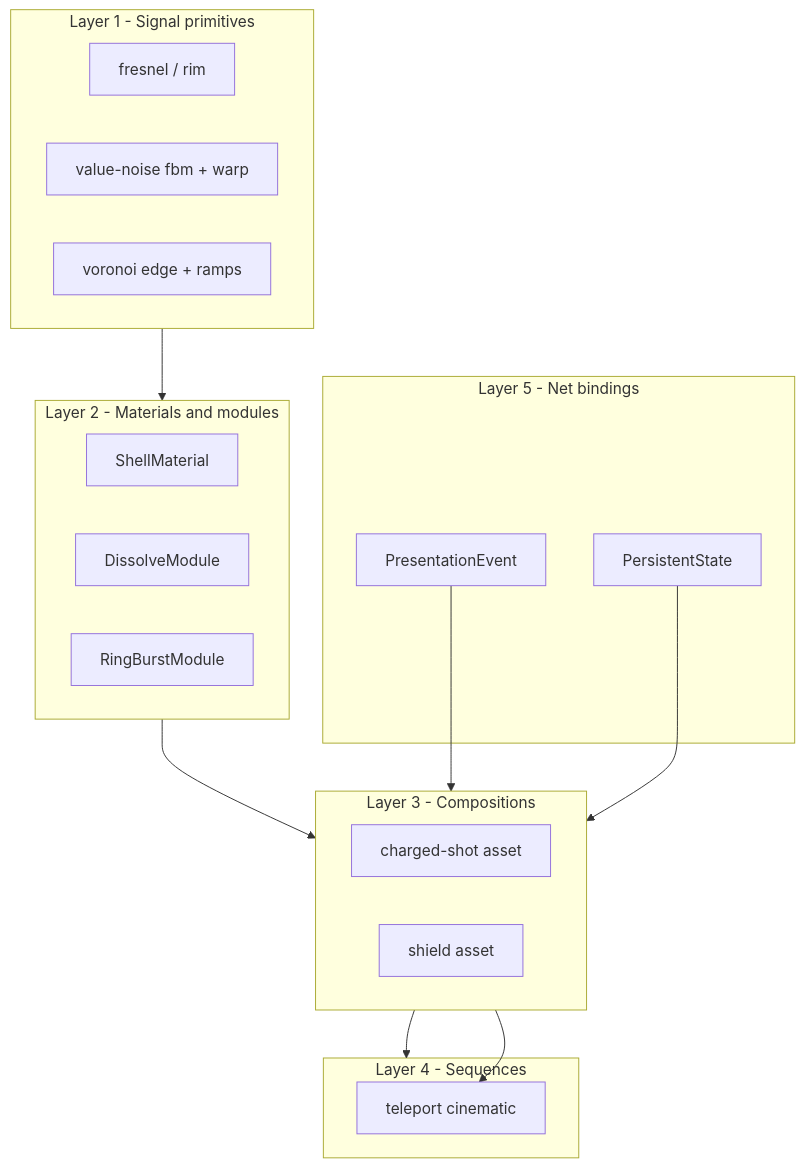
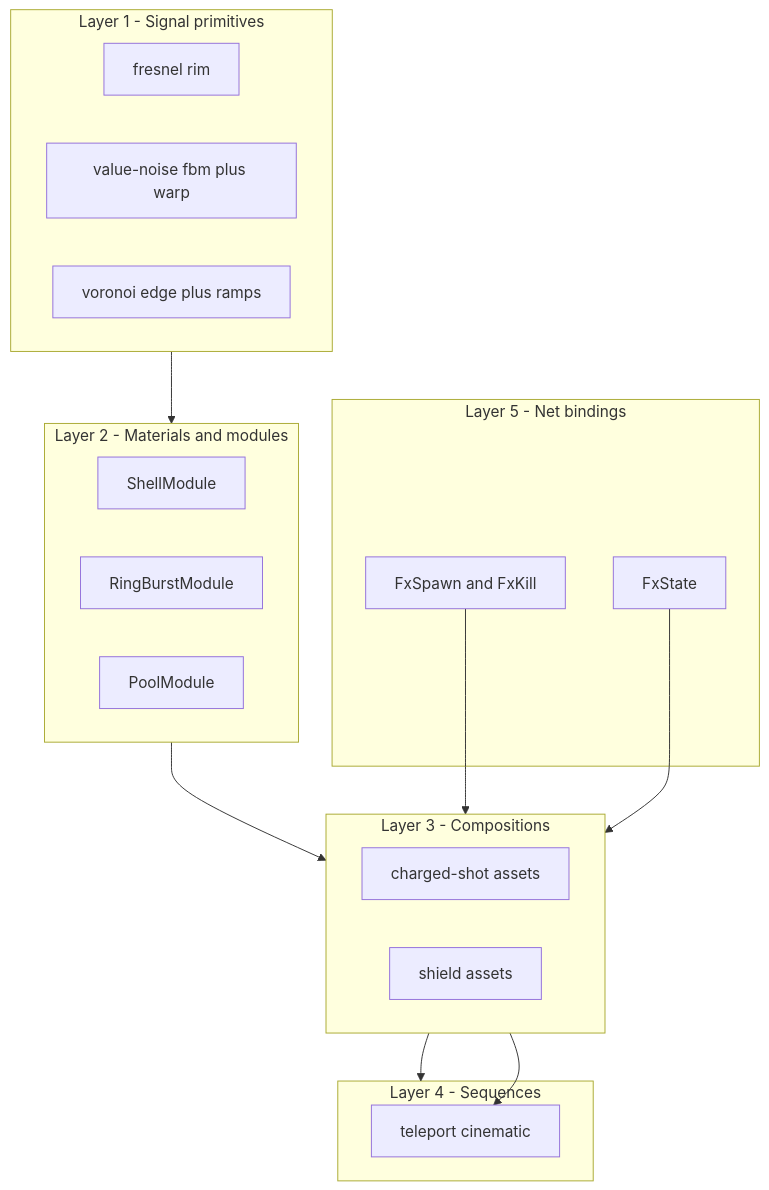
The first of 3 diagrams in docs/VFX-SHADER-POSTFX-BLUEPRINT.md (SirHertzAlot/NexusMMOEngine), drawn with Mermaid before and after one commit. The commit also changed other lines of this file, not shown here.

````diff
--- a/docs/VFX-SHADER-POSTFX-BLUEPRINT.md
+++ b/docs/VFX-SHADER-POSTFX-BLUEPRINT.md
@@ -34,28 +38,28 @@
 ```mermaid
 flowchart TD
     subgraph L1["Layer 1 - Signal primitives"]
-        P1["fresnel / rim"]
-        P2["value-noise fbm + warp"]
-        P3["voronoi edge + ramps"]
+        P1["fresnel rim"]
+        P2["value-noise fbm plus warp"]
+        P3["voronoi edge plus ramps"]
     end
     subgraph L2["Layer 2 - Materials and modules"]
-        M1["ShellMaterial"]
-        M2["DissolveModule"]
-        M3["RingBurstModule"]
+        M1["ShellModule"]
+        M2["RingBurstModule"]
+        M3["PoolModule"]
     end
     subgraph L3["Layer 3 - Compositions"]
-        C1["charged-shot asset"]
-        C2["shield asset"]
+        C1["charged-shot assets"]
+        C2["shield assets"]
     end
     subgraph L4["Layer 4 - Sequences"]
         S1["teleport cinematic"]
     end
     subgraph L5["Layer 5 - Net bindings"]
-        N1["PresentationEvent"]
-        N2["PersistentState"]
+        N1["FxSpawn and FxKill"]
+        N2["FxState"]
     end
     L1 --> L2 --> L3 --> L4
     N1 --> L3
     N2 --> L3
     L3 --> S1
 ```
````
